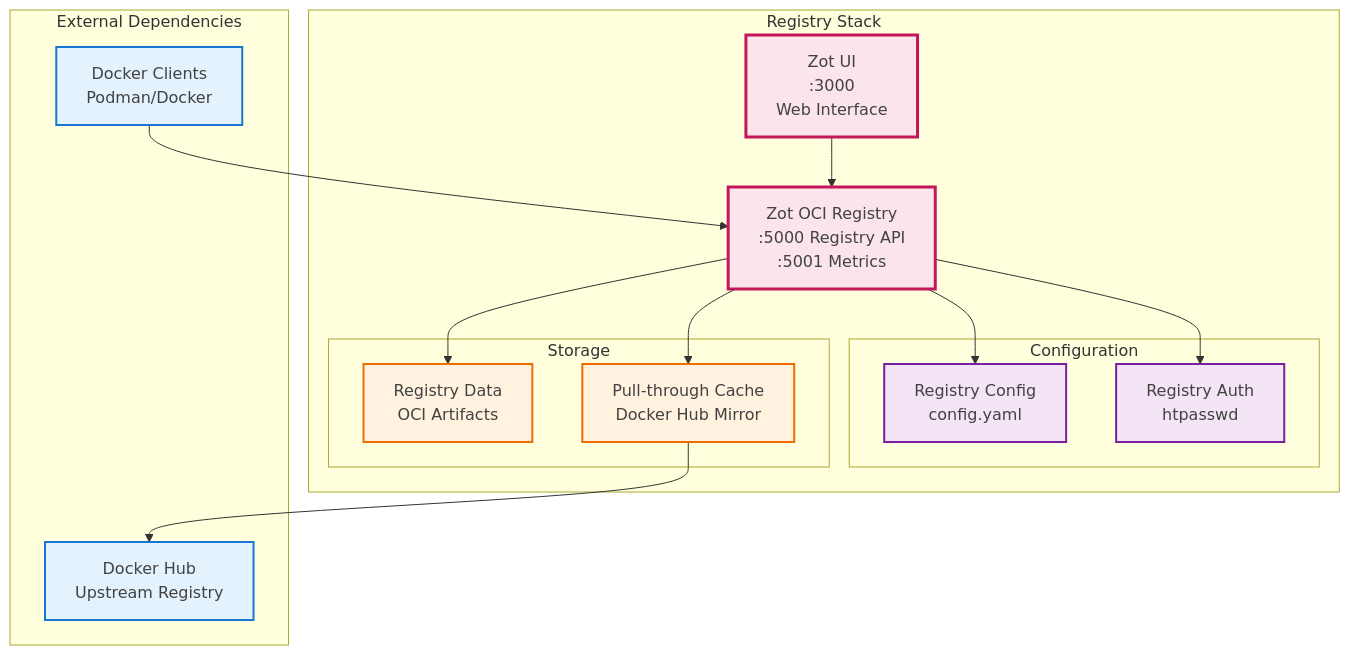
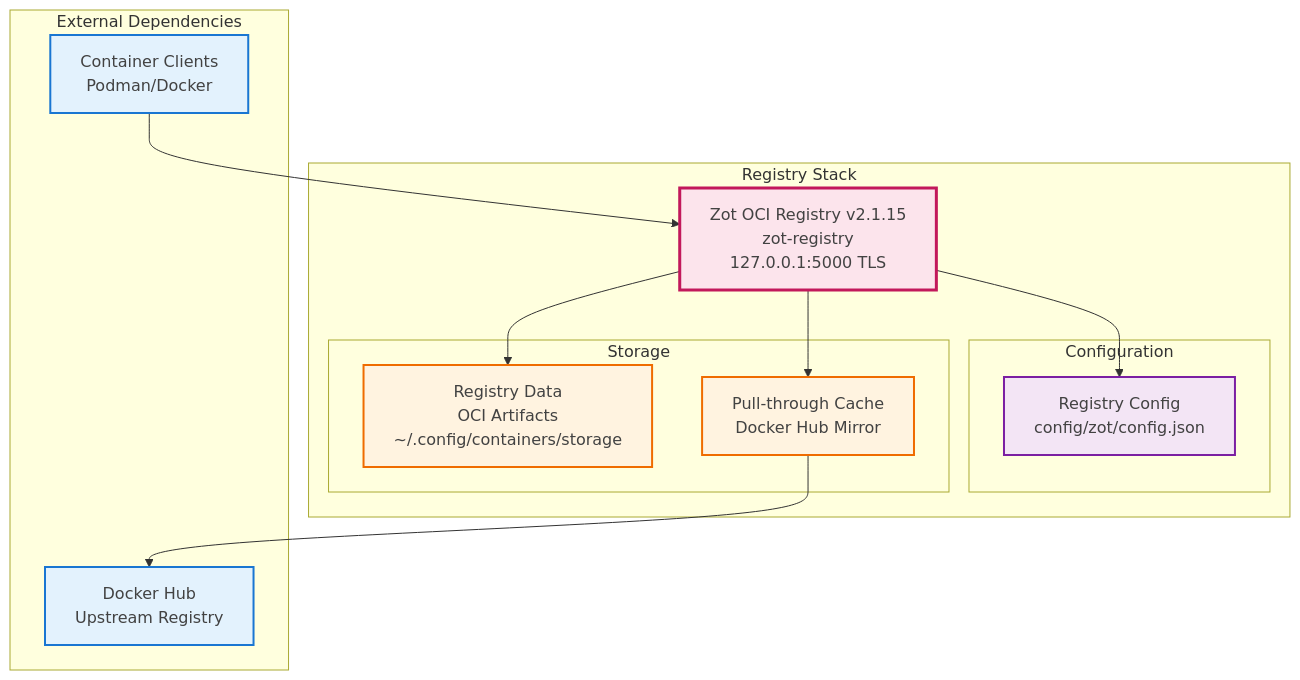
Before and after one commit to mkm29/registry: the diagram in docs/stacks/registry.md, drawn with Mermaid. The commit also changed other lines of this file and 98 other files, not shown here.

````diff
--- a/docs/stacks/registry.md
+++ b/docs/stacks/registry.md
@@ -5,41 +5,37 @@
 ```mermaid
 graph TB
     subgraph "Registry Stack"
-        Zot[Zot OCI Registry<br/>:5000 Registry API<br/>:5001 Metrics]
-        ZotUI[Zot UI<br/>:3000<br/>Web Interface]
+        Zot[Zot OCI Registry v2.1.15<br/>zot-registry<br/>127.0.0.1:5000 TLS]
 
         subgraph "Configuration"
-            Config[Registry Config<br/>config.yaml]
-            Auth[Registry Auth<br/>htpasswd]
+            Config[Registry Config<br/>config/zot/config.json]
         end
 
         subgraph "Storage"
-            RegData[Registry Data<br/>OCI Artifacts]
+            RegData[Registry Data<br/>OCI Artifacts<br/>~/.config/containers/storage]
             Cache[Pull-through Cache<br/>Docker Hub Mirror]
         end
     end
 
     subgraph "External Dependencies"
         DockerHub[Docker Hub<br/>Upstream Registry]
-        Clients[Docker Clients<br/>Podman/Docker]
+        Clients[Container Clients<br/>Podman/Docker]
     end
 
     Zot --> Config
-    Zot --> Auth
     Zot --> RegData
     Zot --> Cache
-    ZotUI --> Zot
 
     Cache --> DockerHub
     Clients --> Zot
 
     classDef registry fill:#fce4ec,stroke:#c2185b,stroke-width:3px,color:#424242
     classDef config fill:#f3e5f5,stroke:#7b1fa2,stroke-width:2px,color:#424242
     classDef storage fill:#fff3e0,stroke:#ef6c00,stroke-width:2px,color:#424242
     classDef external fill:#e3f2fd,stroke:#1976d2,stroke-width:2px,color:#424242
 
-    class Zot,ZotUI registry
-    class Config,Auth config
+    class Zot registry
+    class Config config
     class RegData,Cache storage
     class DockerHub,Clients external
 ```
````
